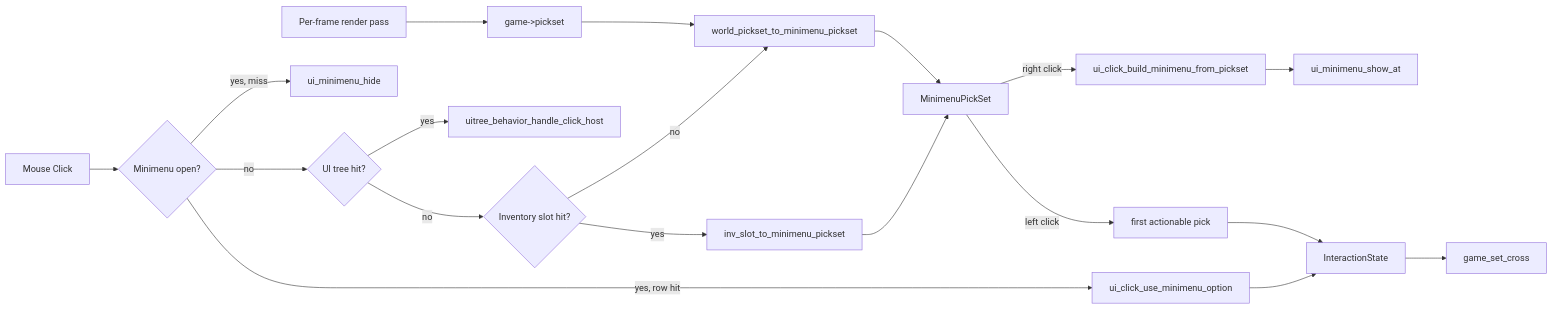
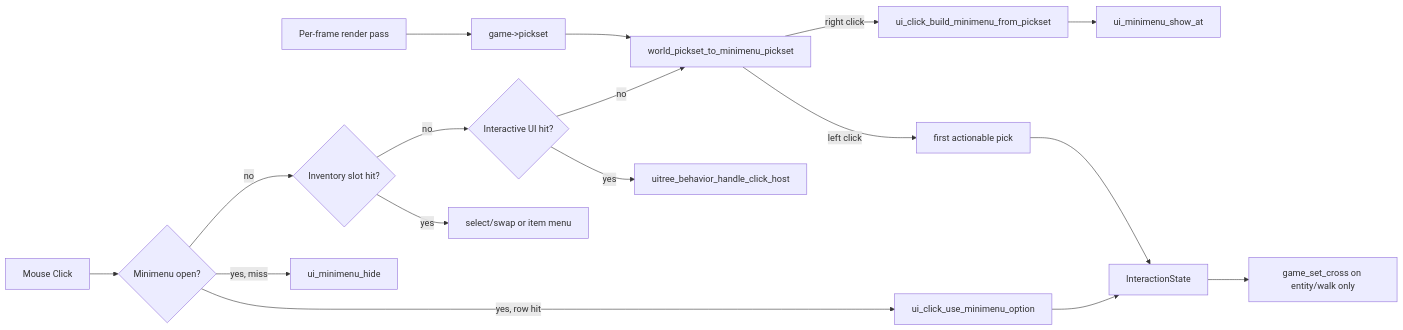
One commit to MRobertEvers/oldschool-clientc changed the diagram in docs/ui_click_system.md. Above: the diagram before and after it, drawn with Mermaid. The commit also changed other lines of this file and 36 other files, not shown here.

````diff
--- a/docs/ui_click_system.md
+++ b/docs/ui_click_system.md
@@ -15,21 +20,19 @@
 ```mermaid
 flowchart LR
     frame[Per-frame render pass] --> worldPickset[game->pickset]
     click[Mouse Click] --> hitMenu{Minimenu open?}
     hitMenu -->|yes, row hit| useOption[ui_click_use_minimenu_option]
     hitMenu -->|yes, miss| closeMenu[ui_minimenu_hide]
-    hitMenu -->|no| hitUI{UI tree hit?}
+    hitMenu -->|no| hitInv{Inventory slot hit?}
+    hitInv -->|yes| invAction[select/swap or item menu]
+    hitInv -->|no| hitUI{Interactive UI hit?}
     hitUI -->|yes| behaviorHost[uitree_behavior_handle_click_host]
-    hitUI -->|no| hitInv{Inventory slot hit?}
-    hitInv -->|yes| invConvert[inv_slot_to_minimenu_pickset]
-    hitInv -->|no| worldConvert[world_pickset_to_minimenu_pickset]
+    hitUI -->|no| worldConvert[world_pickset_to_minimenu_pickset]
     worldPickset --> worldConvert
-    invConvert --> genericSet[MinimenuPickSet]
-    worldConvert --> genericSet
-    genericSet -->|left click| defaultAction[first actionable pick]
-    genericSet -->|right click| buildMenu[ui_click_build_minimenu_from_pickset]
+    worldConvert -->|left click| defaultAction[first actionable pick]
+    worldConvert -->|right click| buildMenu[ui_click_build_minimenu_from_pickset]
     buildMenu --> showMenu[ui_minimenu_show_at]
     useOption --> interactionState[InteractionState]
     defaultAction --> interactionState
-    interactionState --> crossUpdate[game_set_cross]
+    interactionState --> crossUpdate[game_set_cross on entity/walk only]
 ```
````
